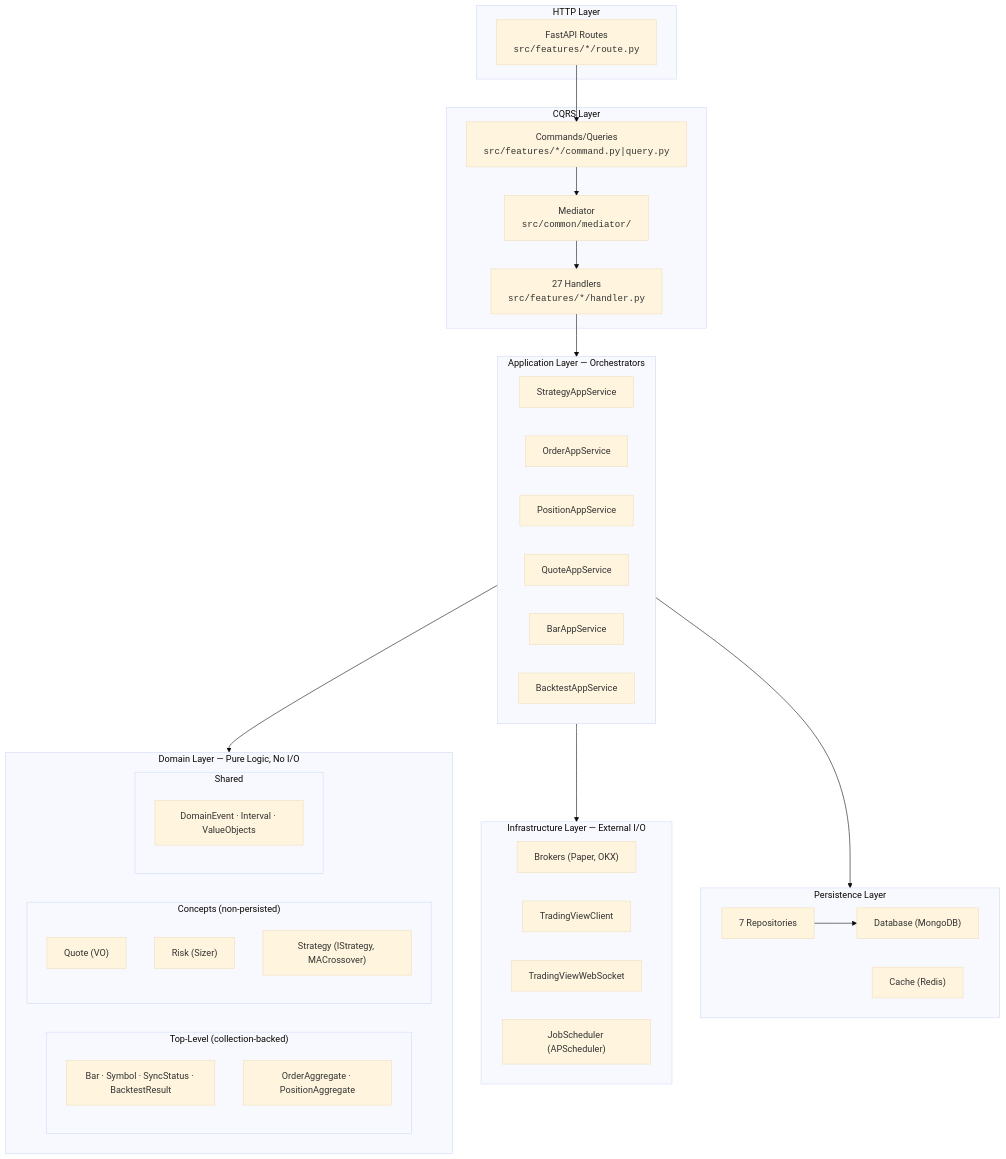
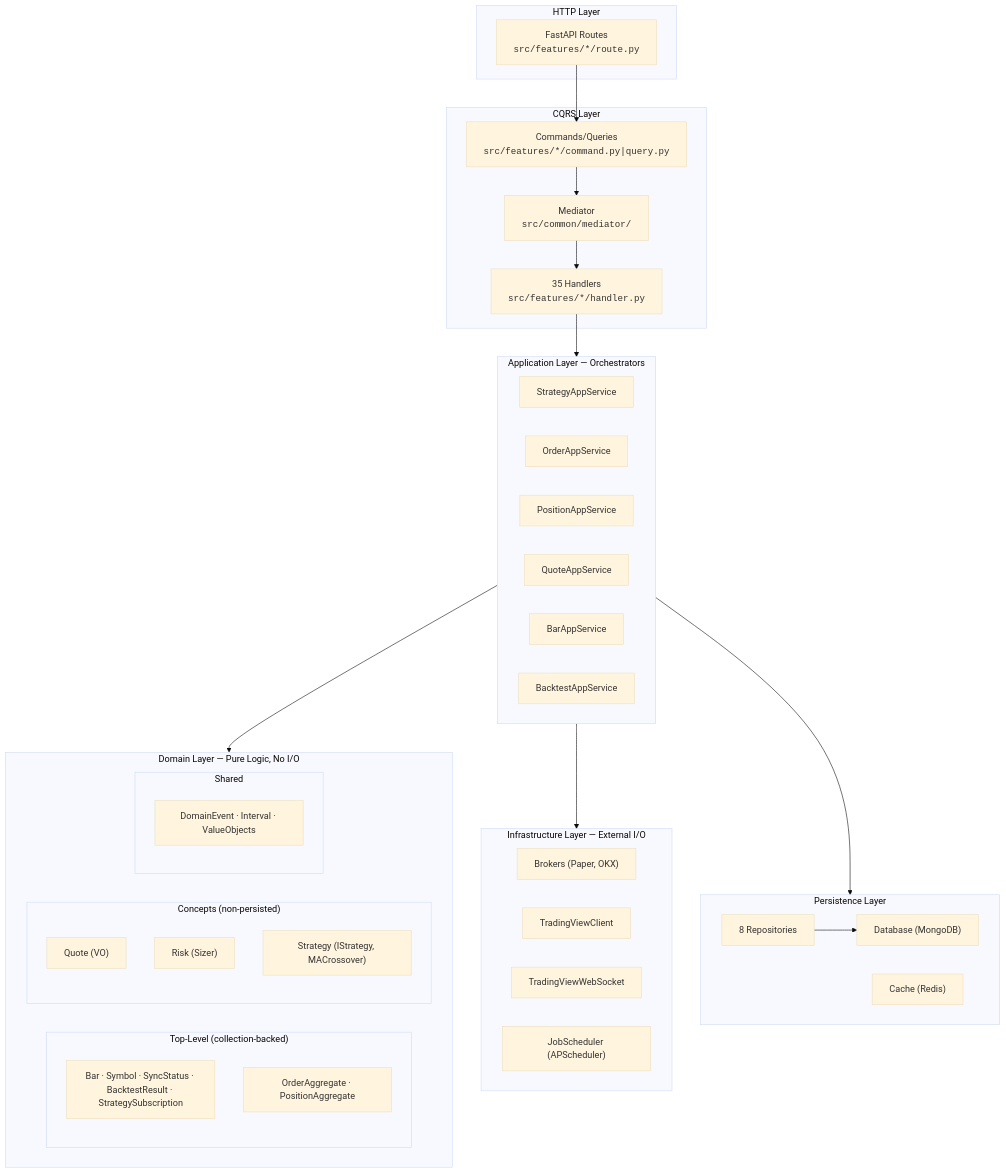
One commit to camping89/pocketquant changed the first of 4 diagrams in docs/architecture-visual-map.md. Above: the diagram before and after it, drawn with Mermaid (base theme). The commit also changed other lines of this file and 65 other files, not shown here.

````diff
--- a/docs/architecture-visual-map.md
+++ b/docs/architecture-visual-map.md
@@ -111,56 +111,56 @@
 ```mermaid
 graph TB
     subgraph HTTP["HTTP Layer"]
         Routes["FastAPI Routes<br/><code>src/features/*/route.py</code>"]
     end
 
     subgraph CQRS["CQRS Layer"]
         Commands["Commands/Queries<br/><code>src/features/*/command.py|query.py</code>"]
         Med["Mediator<br/><code>src/common/mediator/</code>"]
-        Handlers["27 Handlers<br/><code>src/features/*/handler.py</code>"]
+        Handlers["35 Handlers<br/><code>src/features/*/handler.py</code>"]
     end
 
     subgraph APP["Application Layer — Orchestrators"]
         StrategyAppService["StrategyAppService"]
         OrderAppService["OrderAppService"]
         PositionAppService["PositionAppService"]
         QuoteAppService["QuoteAppService"]
         BarAppService["BarAppService"]
         BacktestAppService["BacktestAppService"]
     end
 
     subgraph DOMAIN["Domain Layer — Pure Logic, No I/O"]
         subgraph TOPLEVEL["Top-Level (collection-backed)"]
-            BarEnt["Bar · Symbol · SyncStatus · BacktestResult"]
+            BarEnt["Bar · Symbol · SyncStatus · BacktestResult · StrategySubscription"]
             Aggregates["OrderAggregate · PositionAggregate"]
         end
         subgraph CONCEPTS["Concepts (non-persisted)"]
             QuoteVO["Quote (VO)"]
             RiskSvc["Risk (Sizer)"]
             StrategySvc["Strategy (IStrategy, MACrossover)"]
         end
         subgraph SHARED["Shared"]
             SharedBase["DomainEvent · Interval · ValueObjects"]
         end
     end
 
     subgraph INFRA["Infrastructure Layer — External I/O"]
         Brokers["Brokers (Paper, OKX)"]
         TVClient["TradingViewClient"]
         TVWebSocket["TradingViewWebSocket"]
         Scheduler["JobScheduler (APScheduler)"]
     end
 
     subgraph PERSIST["Persistence Layer"]
         DB["Database (MongoDB)"]
         Cache["Cache (Redis)"]
-        Repos["7 Repositories"]
+        Repos["8 Repositories"]
     end
 
     Routes --> Commands --> Med --> Handlers
     Handlers --> APP
     APP --> DOMAIN
     APP --> INFRA
     APP --> PERSIST
     Repos --> DB
 ```
````
